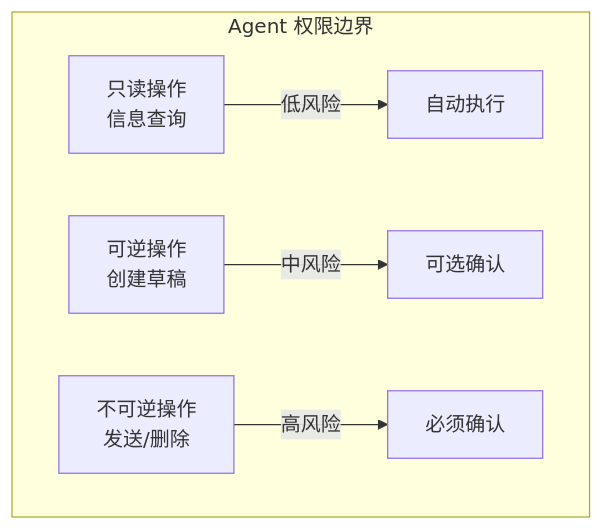
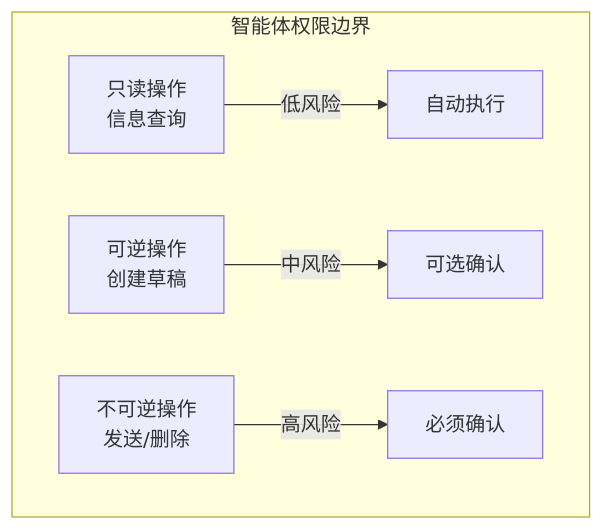
One commit to yeasy/ai_security_guide changed the sixth of 7 diagrams in 08_architecture/8.3_access_control.md. Above: the diagram before and after it, drawn with Mermaid. The commit also changed other lines of this file and 74 other files, not shown here.

````diff
--- a/08_architecture/8.3_access_control.md
+++ b/08_architecture/8.3_access_control.md
@@ -165,8 +155,8 @@
 ```mermaid
 flowchart TB
-    subgraph "Agent 权限边界"
+    subgraph "智能体权限边界"
     A["只读操作<br/>信息查询"] --> |低风险| D["自动执行"]
     B["可逆操作<br/>创建草稿"] --> |中风险| E["可选确认"]
     C["不可逆操作<br/>发送/删除"] --> |高风险| F["必须确认"]
     end
 ```
````
